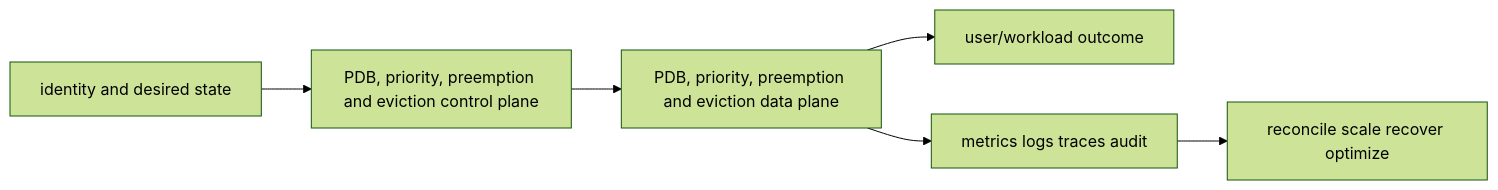
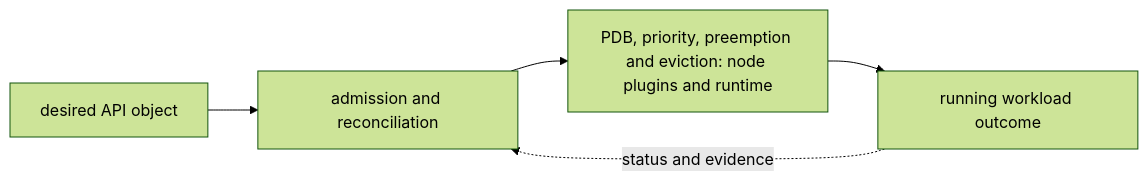
Before and after one commit to tomkidumbuyo/DevOps-interview-preparation: the diagram in 06-kubernetes/06-scheduling-autoscaling/05-disruption-priority/README.md, drawn with Mermaid (forest theme). The commit also changed other lines of this file and 753 other files, not shown here.

````diff
--- a/06-kubernetes/06-scheduling-autoscaling/05-disruption-priority/README.md
+++ b/06-kubernetes/06-scheduling-autoscaling/05-disruption-priority/README.md
@@ -19,8 +31,7 @@
 ```mermaid
 flowchart LR
-  I[identity and desired state] --> C[PDB, priority, preemption and eviction control plane]
-  C --> D[PDB, priority, preemption and eviction data plane]
-  D --> U[user/workload outcome]
-  D --> O[metrics logs traces audit]
-  O --> R[reconcile scale recover optimize]
+  A["desired API object"] --> B["admission and reconciliation"]
+  B --> C["PDB, priority, preemption and eviction: node plugins and runtime"]
+  C --> D["running workload outcome"]
+  D -. "status and evidence" .-> B
 ```
````
